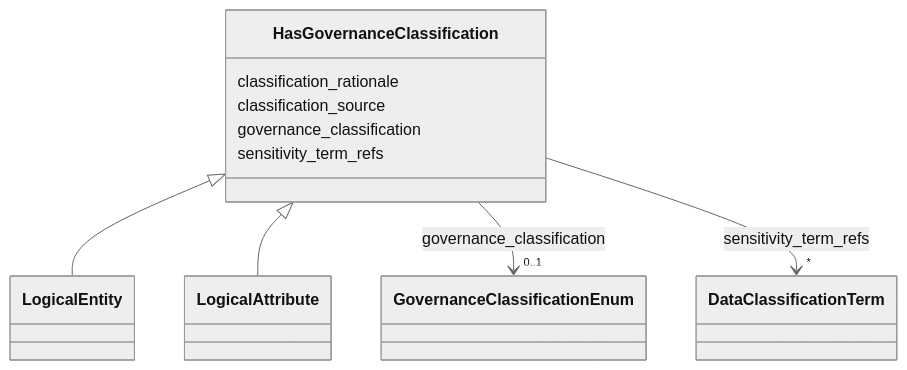
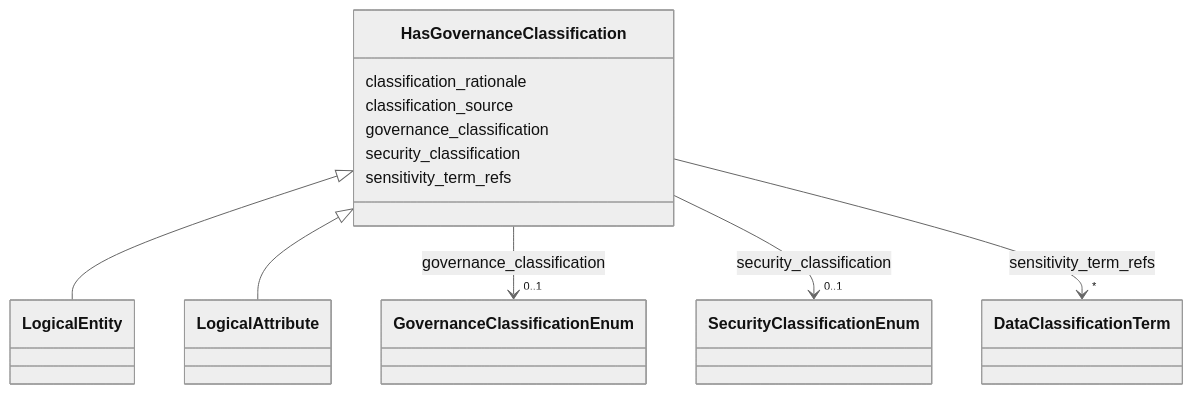
Before and after one commit to oista/moex-data-model: the diagram in generated/artifacts/moex-dams/0.1/diagrams/HasGovernanceClassification.md, drawn with Mermaid (neutral theme). The commit also changed 68 other files, not shown here.

````diff
--- a/generated/artifacts/moex-dams/0.1/diagrams/HasGovernanceClassification.md
+++ b/generated/artifacts/moex-dams/0.1/diagrams/HasGovernanceClassification.md
@@ -4,37 +4,48 @@
 ```mermaid
  classDiagram
     class HasGovernanceClassification
     click HasGovernanceClassification href "../HasGovernanceClassification"
       HasGovernanceClassification <|-- LogicalEntity
         click LogicalEntity href "../LogicalEntity"
       HasGovernanceClassification <|-- LogicalAttribute
         click LogicalAttribute href "../LogicalAttribute"
       
       HasGovernanceClassification : classification_rationale
         
       HasGovernanceClassification : classification_source
         
       HasGovernanceClassification : governance_classification
         
           
     
         
         
         HasGovernanceClassification --> "0..1" GovernanceClassificationEnum : governance_classification
         click GovernanceClassificationEnum href "../GovernanceClassificationEnum"
     
 
         
+      HasGovernanceClassification : security_classification
+        
+          
+    
+        
+        
+        HasGovernanceClassification --> "0..1" SecurityClassificationEnum : security_classification
+        click SecurityClassificationEnum href "../SecurityClassificationEnum"
+    
+
+        
       HasGovernanceClassification : sensitivity_term_refs
         
           
     
         
         
         HasGovernanceClassification --> "*" DataClassificationTerm : sensitivity_term_refs
         click DataClassificationTerm href "../DataClassificationTerm"
     
 
         
       
 ```
````
